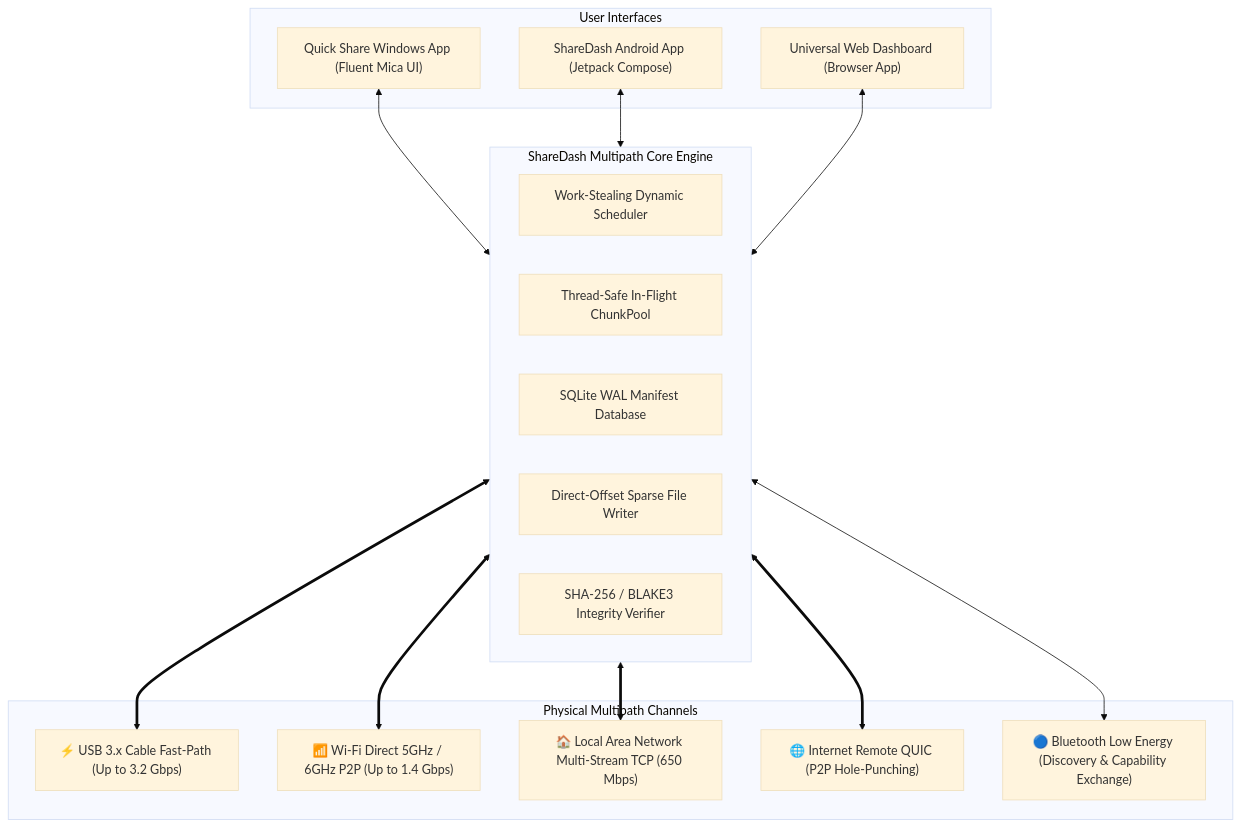
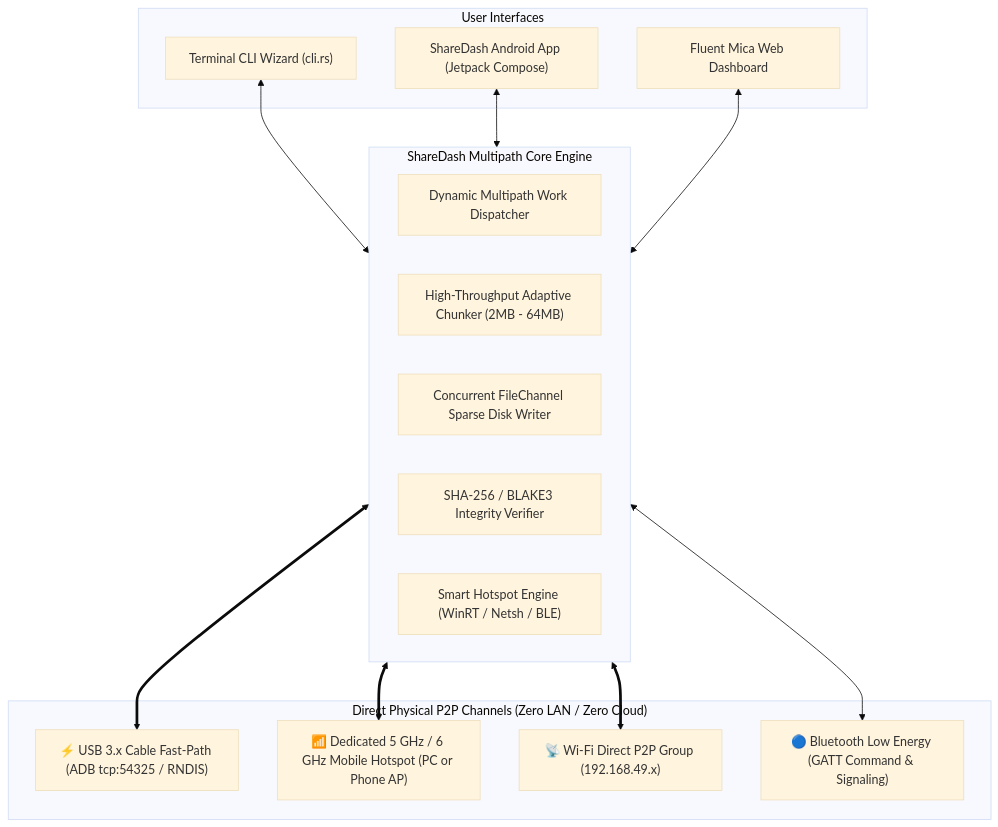
The diagram in README.md (SamSunny4/ShareDash), drawn with Mermaid (base theme) before and after one commit. The commit also changed other lines of this file and 7 other files, not shown here.

````diff
--- a/README.md
+++ b/README.md
@@ -35,34 +36,32 @@
 ```mermaid
 graph TD
     subgraph UI ["User Interfaces"]
-        WinUI["Quick Share Windows App (Fluent Mica UI)"]
+        CLI["Terminal CLI Wizard (cli.rs)"]
         AndUI["ShareDash Android App (Jetpack Compose)"]
-        WebPortal["Universal Web Dashboard (Browser App)"]
+        WebPortal["Fluent Mica Web Dashboard"]
     end
 
     subgraph Core ["ShareDash Multipath Core Engine"]
-        Sched["Work-Stealing Dynamic Scheduler"]
-        Pool["Thread-Safe In-Flight ChunkPool"]
-        DB["SQLite WAL Manifest Database"]
-        Writer["Direct-Offset Sparse File Writer"]
+        Sched["Dynamic Multipath Work Dispatcher"]
+        Chunker["High-Throughput Adaptive Chunker (2MB - 64MB)"]
+        Writer["Concurrent FileChannel Sparse Disk Writer"]
         Verif["SHA-256 / BLAKE3 Integrity Verifier"]
+        HotspotMgr["Smart Hotspot Engine (WinRT / Netsh / BLE)"]
     end
 
-    subgraph Transports ["Physical Multipath Channels"]
-        USB["⚡ USB 3.x Cable Fast-Path (Up to 3.2 Gbps)"]
-        P2P["📶 Wi-Fi Direct 5GHz / 6GHz P2P (Up to 1.4 Gbps)"]
-        LAN["🏠 Local Area Network Multi-Stream TCP (650 Mbps)"]
-        QUIC["🌐 Internet Remote QUIC (P2P Hole-Punching)"]
-        BLE["🔵 Bluetooth Low Energy (Discovery & Capability Exchange)"]
+    subgraph Transports ["Direct Physical P2P Channels (Zero LAN / Zero Cloud)"]
+        USB["⚡ USB 3.x Cable Fast-Path (ADB tcp:54325 / RNDIS)"]
+        HOTSPOT["📶 Dedicated 5 GHz / 6 GHz Mobile Hotspot (PC or Phone AP)"]
+        P2P["📡 Wi-Fi Direct P2P Group (192.168.49.x)"]
+        BLE["🔵 Bluetooth Low Energy (GATT Command & Signaling)"]
     end
 
-    WinUI <--> Core
+    CLI <--> Core
     AndUI <--> Core
     WebPortal <--> Core
     
     Core <==> USB
+    Core <==> HOTSPOT
     Core <==> P2P
-    Core <==> LAN
-    Core <==> QUIC
     Core <--> BLE
 ```
````
